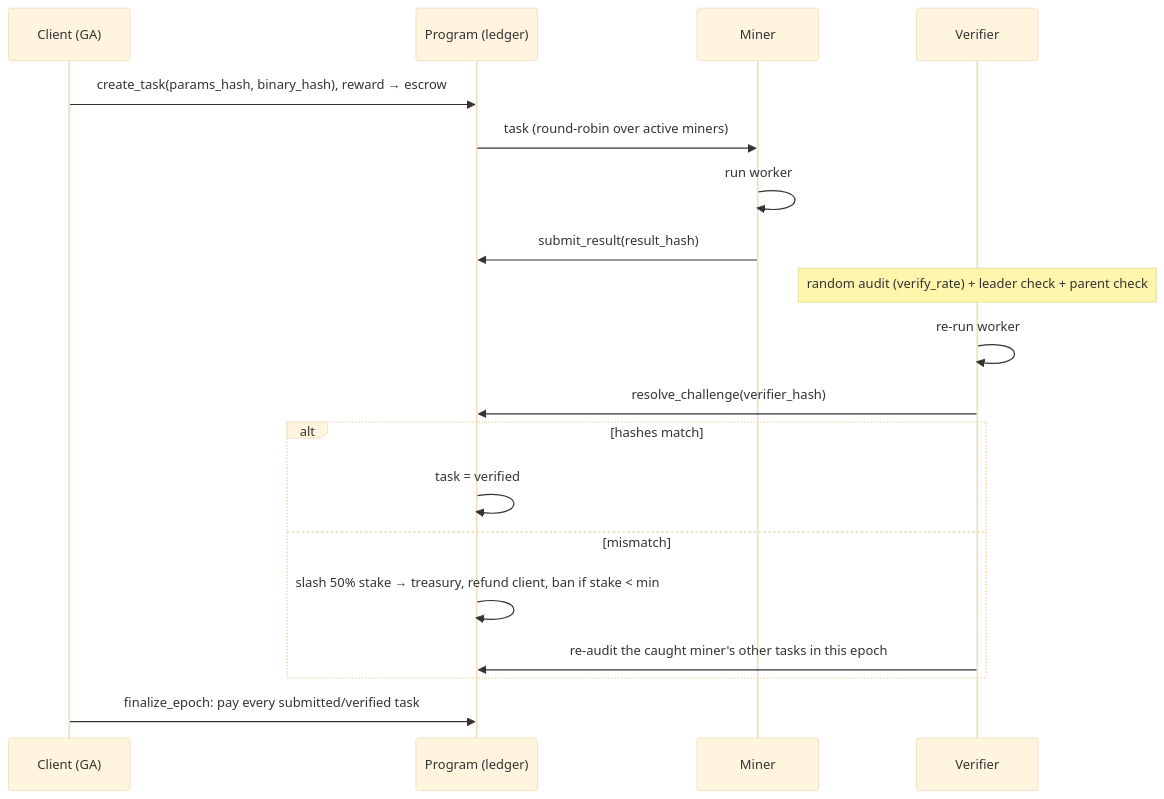
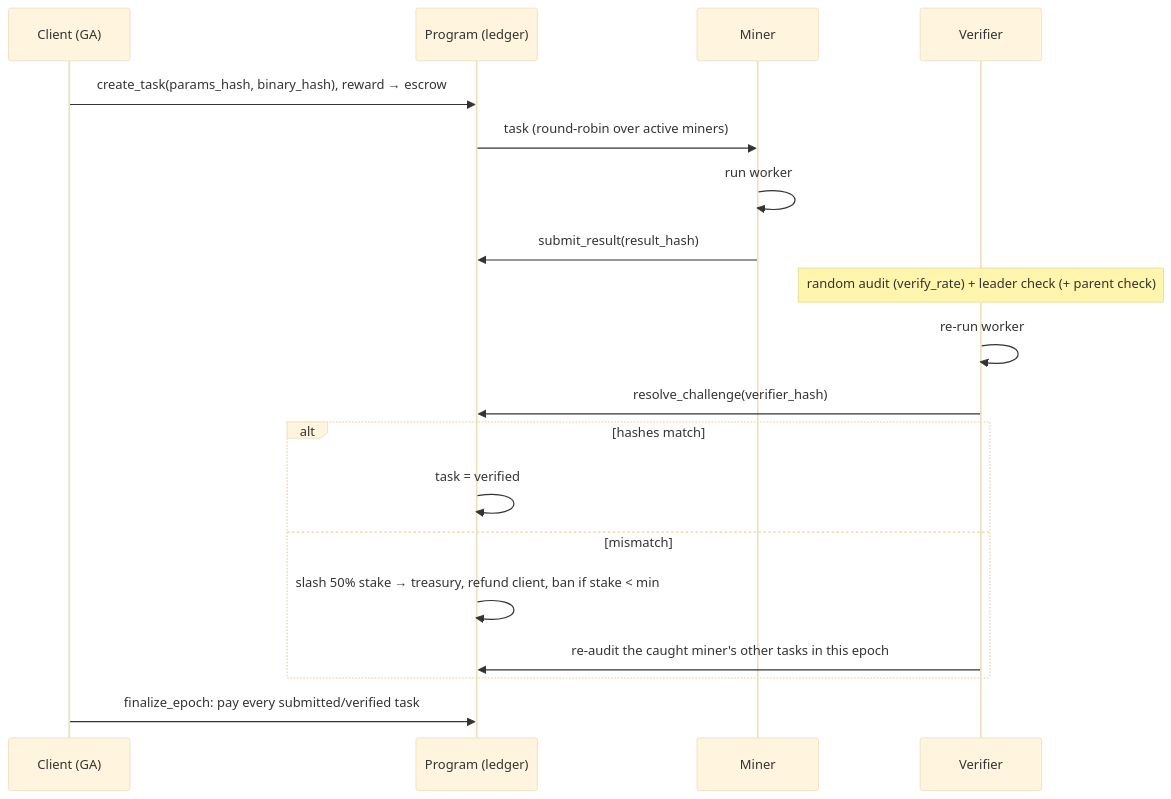
The second of 2 diagrams in architecture.md (chuikomykhail-droid/DeCFD), drawn with Mermaid (base theme) before and after one commit. The commit also changed other lines of this file and 2 other files, not shown here.

Commit message:
Make parent audit opt-in (--parent-audit): ~2.5x more audits for no catches in the demo scenario

````diff
--- a/architecture.md
+++ b/architecture.md
@@ -111,21 +111,21 @@
 ```mermaid
 sequenceDiagram
     participant C as Client (GA)
     participant P as Program (ledger)
     participant M as Miner
     participant V as Verifier
     C->>P: create_task(params_hash, binary_hash), reward → escrow
     P->>M: task (round-robin over active miners)
     M->>M: run worker
     M->>P: submit_result(result_hash)
-    Note over V: random audit (verify_rate) + leader check + parent check
+    Note over V: random audit (verify_rate) + leader check (+ parent check)
     V->>V: re-run worker
     V->>P: resolve_challenge(verifier_hash)
     alt hashes match
         P->>P: task = verified
     else mismatch
         P->>P: slash 50% stake → treasury, refund client, ban if stake < min
         V->>P: re-audit the caught miner's other tasks in this epoch
     end
     C->>P: finalize_epoch: pay every submitted/verified task
 ```
````
